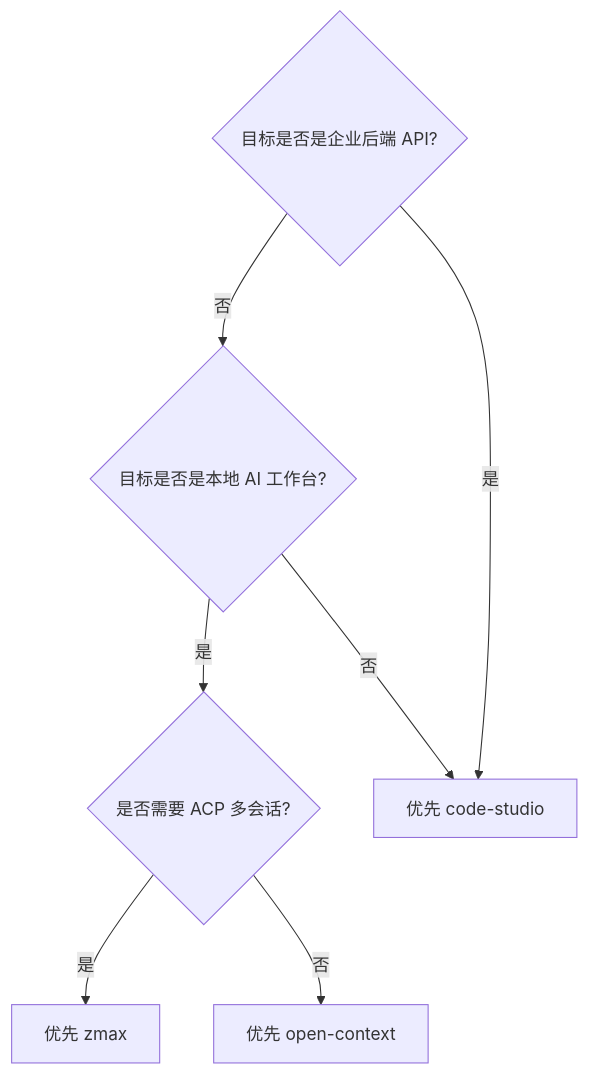
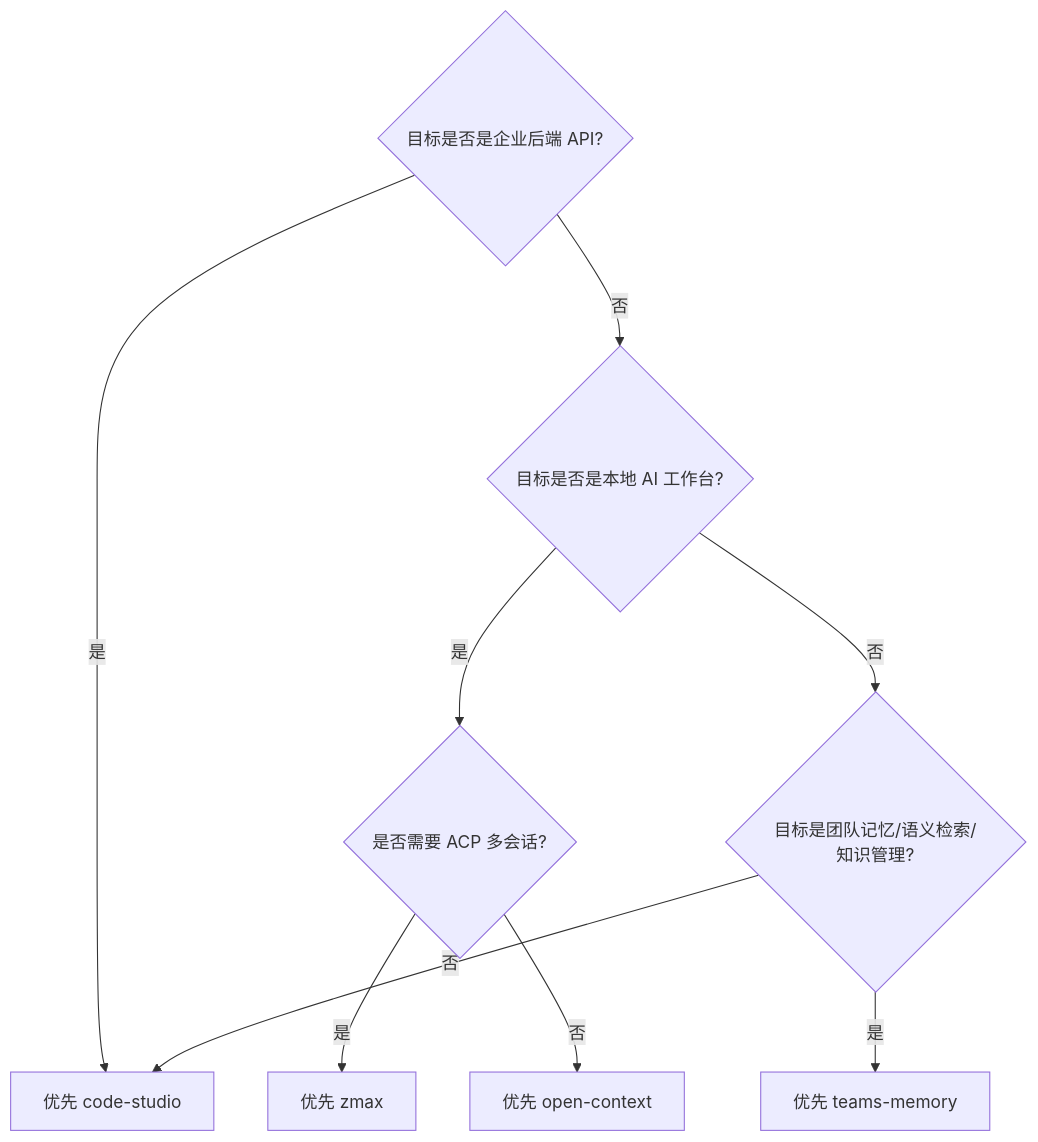
One commit to guobin211/datasets changed the second of 3 diagrams in docs/00-repo-overview.md. Above: the diagram before and after it, drawn with Mermaid. The commit also changed other lines of this file and 8 other files, not shown here.

First line of the commit message:
feat: add comprehensive documentation for teams-memory project

````diff
--- a/docs/00-repo-overview.md
+++ b/docs/00-repo-overview.md
@@ -39,16 +50,20 @@
 ```mermaid
 flowchart TD
   Q1{目标是否是企业后端 API?}
   Q2{目标是否是本地 AI 工作台?}
   Q3{是否需要 ACP 多会话?}
+  Q4{目标是团队记忆/语义检索/知识管理?}
   R1[优先 code-studio]
   R2[优先 open-context]
   R3[优先 zmax]
+  R4[优先 teams-memory]
 
   Q1 -->|是| R1
   Q1 -->|否| Q2
   Q2 -->|是| Q3
-  Q2 -->|否| R1
+  Q2 -->|否| Q4
   Q3 -->|是| R3
   Q3 -->|否| R2
+  Q4 -->|是| R4
+  Q4 -->|否| R1
 ```
````
